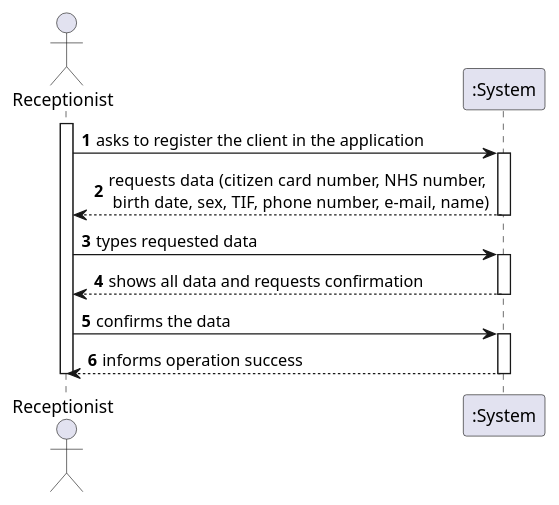
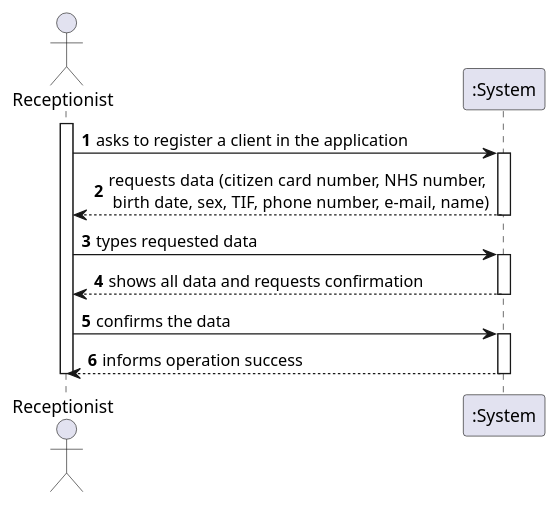
The diagram in docs/SprintB/US03/US3_SSD.puml (manu-07-ela/LAPR2_ISEP), drawn with PlantUML before and after one commit. The commit also changed 1 other file, not shown here.

```diff
--- a/docs/SprintB/US03/US3_SSD.puml
+++ b/docs/SprintB/US03/US3_SSD.puml
@@ -1,23 +1,23 @@
 @startuml
 autonumber
-actor "Receptionist" as OE
+actor "Receptionist" as REP
 
-activate OE
-OE -> ":System" : asks to register the client in the application
+activate REP
+REP -> ":System" : asks to register a client in the application
 activate ":System"
-":System" --> OE : requests data (citizen card number, NHS number,\n birth date, sex, TIF, phone number, e-mail, name)
+":System" --> REP : requests data (citizen card number, NHS number,\n birth date, sex, TIF, phone number, e-mail, name)
 deactivate ":System"
 
-OE -> ":System" : types requested data
+REP -> ":System" : types requested data
 activate ":System"
-":System" --> OE : shows all data and requests confirmation
+":System" --> REP : shows all data and requests confirmation
 deactivate ":System"
 
-OE -> ":System" : confirms the data
+REP -> ":System" : confirms the data
 activate ":System"
-":System" --> OE : informs operation success
+":System" --> REP : informs operation success
 deactivate ":System"
 
-deactivate OE
+deactivate REP
 
 @enduml
```
